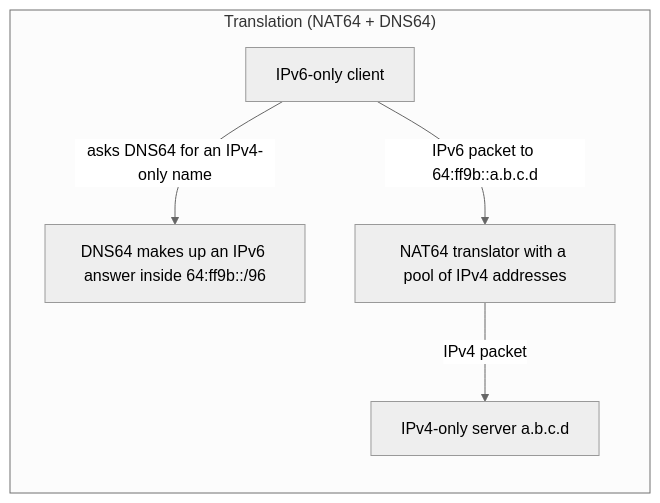
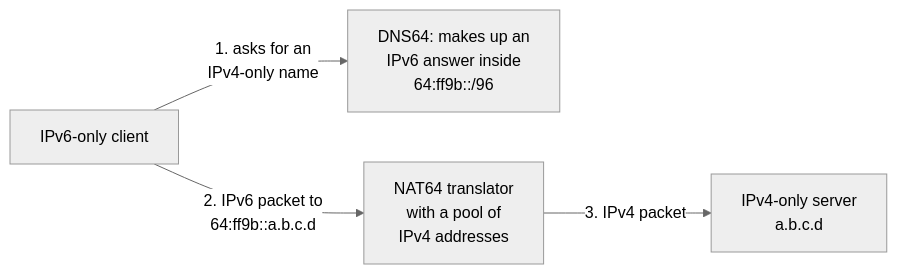
The fifth of 37 diagrams in EDA387-Computer-Networks/03-IPv6.md (FahimMashroor/Chalmers_CSC), drawn with Mermaid (neutral theme) before and after one commit. The commit also changed other lines of this file, not shown here.

Commit message:
Rewrite 03 IPv6 in simple language with examples and diagrams

````diff
--- a/EDA387-Computer-Networks/03-IPv6.md
+++ b/EDA387-Computer-Networks/03-IPv6.md
@@ -188,8 +261,6 @@
 ```mermaid
 flowchart LR
-  subgraph tr["Translation (NAT64 + DNS64)"]
-    c6["IPv6-only client"] -->|"asks DNS64 for an IPv4-only name"| d64["DNS64 makes up an IPv6 answer inside 64:ff9b::/96"]
-    c6 -->|"IPv6 packet to 64:ff9b::a.b.c.d"| nat["NAT64 translator with a pool of IPv4 addresses"]
-    nat -->|"IPv4 packet"| s4["IPv4-only server a.b.c.d"]
-  end
+    c6["IPv6-only client"] -->|"1. asks for an<br/>IPv4-only name"| d64["DNS64: makes up an<br/>IPv6 answer inside<br/>64:ff9b::/96"]
+    c6 -->|"2. IPv6 packet to<br/>64:ff9b::a.b.c.d"| nat["NAT64 translator<br/>with a pool of<br/>IPv4 addresses"]
+    nat -->|"3. IPv4 packet"| s4["IPv4-only server<br/>a.b.c.d"]
 ```
````
